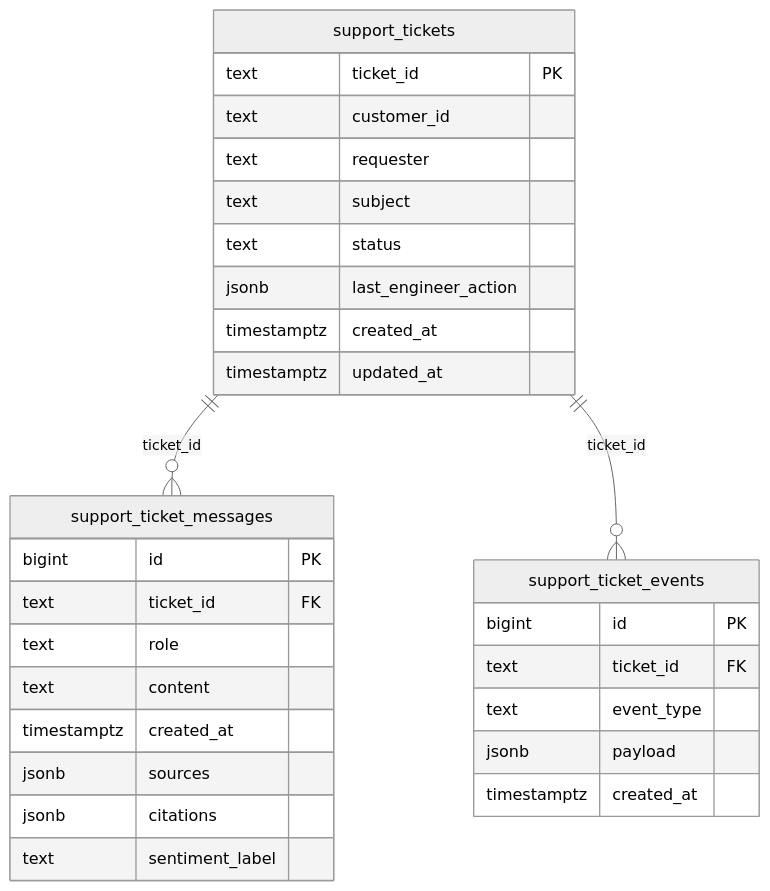
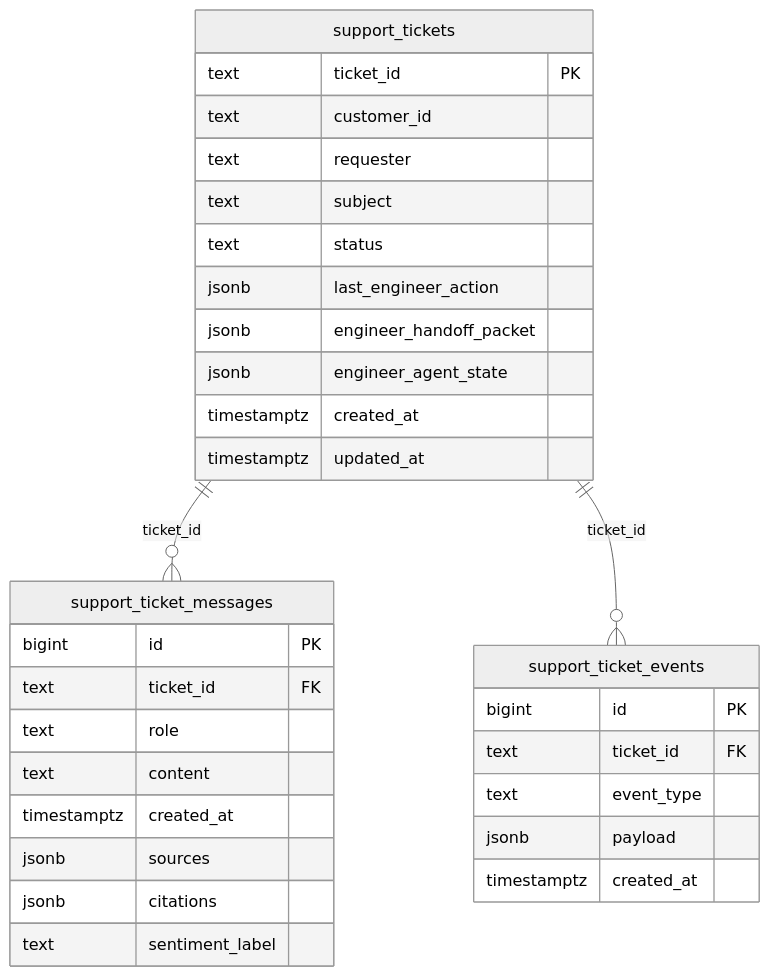
The diagram in docs/ticket_db_architecture.md (ZilingXie/SupportPortal), drawn with Mermaid (neutral theme) before and after one commit. The commit also changed other lines of this file and 31 other files, not shown here.

````diff
--- a/docs/ticket_db_architecture.md
+++ b/docs/ticket_db_architecture.md
@@ -3,35 +3,37 @@
 ```mermaid
 erDiagram
     support_tickets ||--o{ support_ticket_messages : "ticket_id"
     support_tickets ||--o{ support_ticket_events : "ticket_id"
 
     support_tickets {
         text ticket_id PK
         text customer_id
         text requester
         text subject
         text status
         jsonb last_engineer_action
+        jsonb engineer_handoff_packet
+        jsonb engineer_agent_state
         timestamptz created_at
         timestamptz updated_at
     }
 
     support_ticket_messages {
         bigint id PK
         text ticket_id FK
         text role
         text content
         timestamptz created_at
         jsonb sources
         jsonb citations
         text sentiment_label
     }
 
     support_ticket_events {
         bigint id PK
         text ticket_id FK
         text event_type
         jsonb payload
         timestamptz created_at
     }
 ```
````
